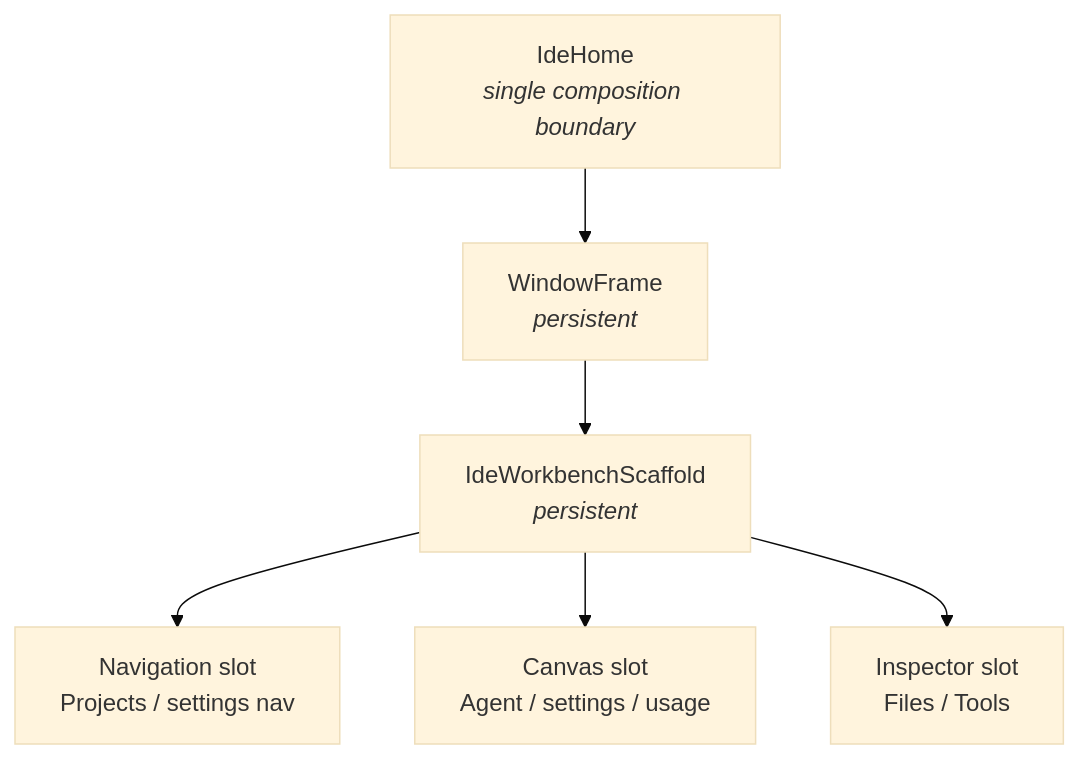
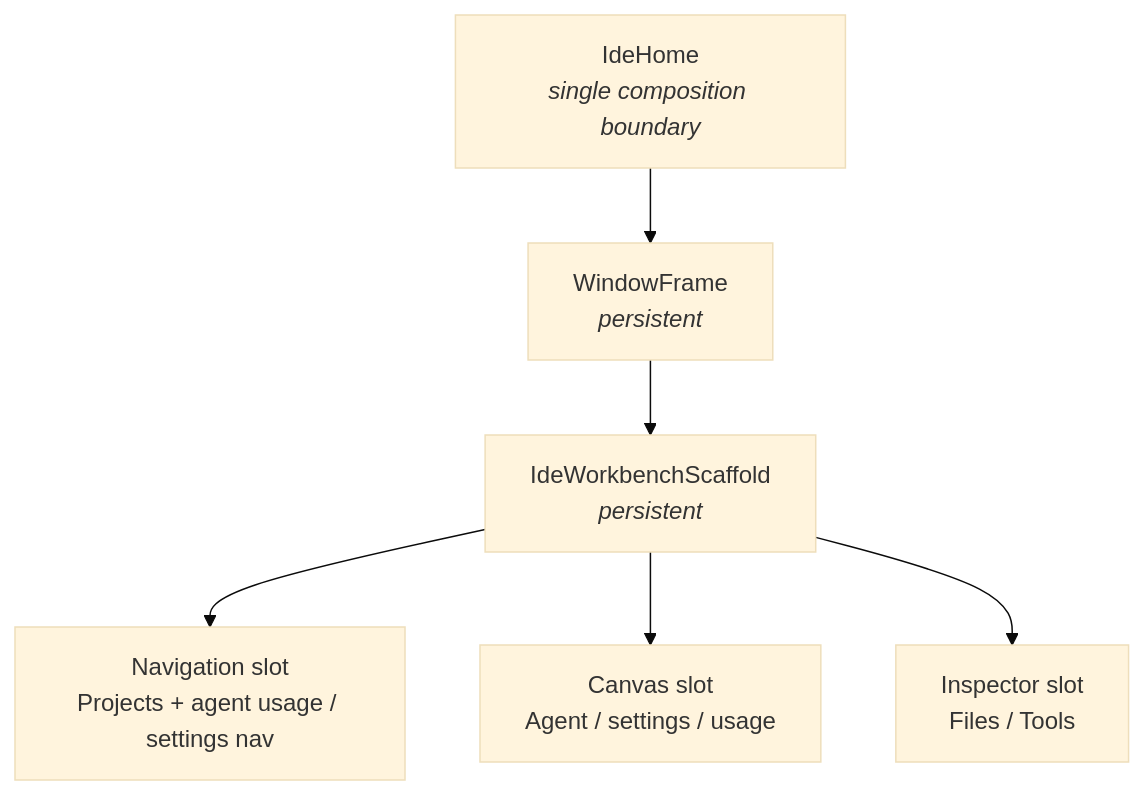
Before and after one commit to linpeilie/zeta: the fifth of 5 diagrams in docs/architecture/overview.en.md, drawn with Mermaid (base theme). The commit also changed other lines of this file and 7 other files, not shown here.

````diff
--- a/docs/architecture/overview.en.md
+++ b/docs/architecture/overview.en.md
@@ -165,8 +165,8 @@
 ```mermaid
 flowchart TD
     home["IdeHome<br/><i>single composition boundary</i>"] --> frame["WindowFrame<br/><i>persistent</i>"]
     frame --> scaffold["IdeWorkbenchScaffold<br/><i>persistent</i>"]
-    scaffold --> nav["Navigation slot<br/>Projects / settings nav"]
+    scaffold --> nav["Navigation slot<br/>Projects + agent usage / settings nav"]
     scaffold --> canvas["Canvas slot<br/>Agent / settings / usage"]
     scaffold --> insp["Inspector slot<br/>Files / Tools"]
 ```
````
